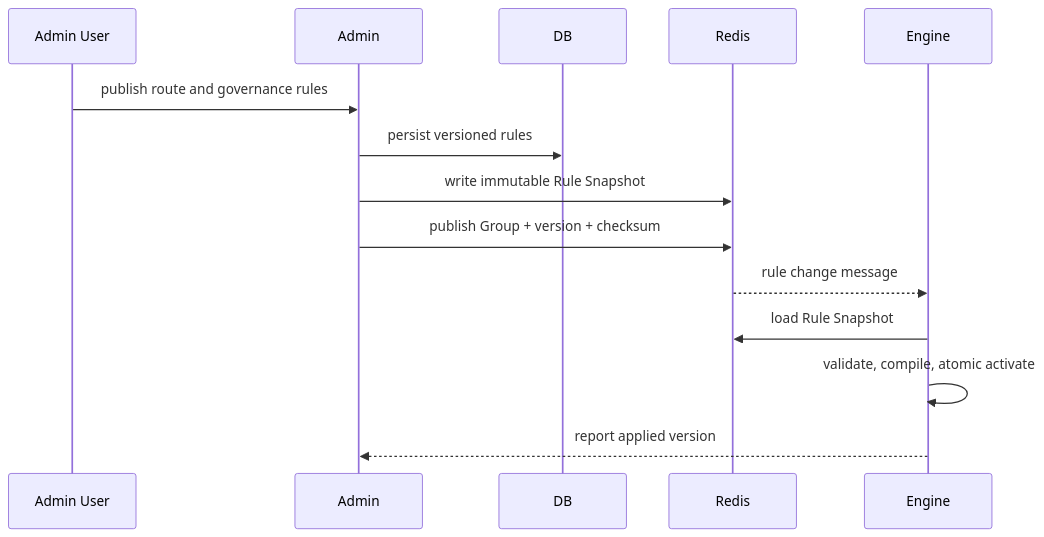
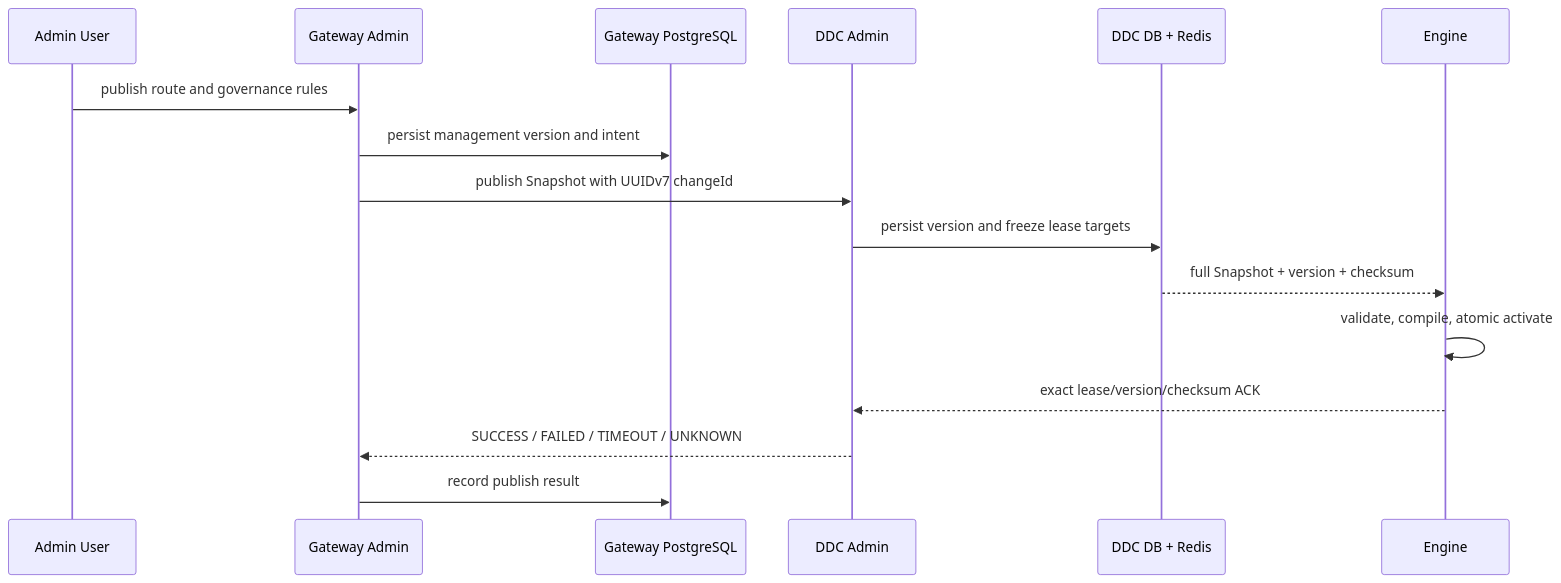
One commit to AllenDEricDAlexander/Egon-COLA changed the third of 3 diagrams in docs/superpowers/specs/2026-07-24-gateway-component-design.md. Above: the diagram before and after it, drawn with Mermaid. The commit also changed other lines of this file, not shown here.

Commit message:
docs(gateway): align spec with rpc and ddc components

````diff
--- a/docs/superpowers/specs/2026-07-24-gateway-component-design.md
+++ b/docs/superpowers/specs/2026-07-24-gateway-component-design.md
@@ -592,17 +675,19 @@
 ```mermaid
 sequenceDiagram
     participant User as Admin User
-    participant Admin
-    participant DB
-    participant Redis
+    participant Admin as Gateway Admin
+    participant GatewayDB as Gateway PostgreSQL
+    participant DDC as DDC Admin
+    participant DDCStore as DDC DB + Redis
     participant Engine
 
     User->>Admin: publish route and governance rules
-    Admin->>DB: persist versioned rules
-    Admin->>Redis: write immutable Rule Snapshot
-    Admin->>Redis: publish Group + version + checksum
-    Redis-->>Engine: rule change message
-    Engine->>Redis: load Rule Snapshot
+    Admin->>GatewayDB: persist management version and intent
+    Admin->>DDC: publish Snapshot with UUIDv7 changeId
+    DDC->>DDCStore: persist version and freeze lease targets
+    DDCStore-->>Engine: full Snapshot + version + checksum
     Engine->>Engine: validate, compile, atomic activate
-    Engine-->>Admin: report applied version
+    Engine-->>DDC: exact lease/version/checksum ACK
+    DDC-->>Admin: SUCCESS / FAILED / TIMEOUT / UNKNOWN
+    Admin->>GatewayDB: record publish result
 ```
````
